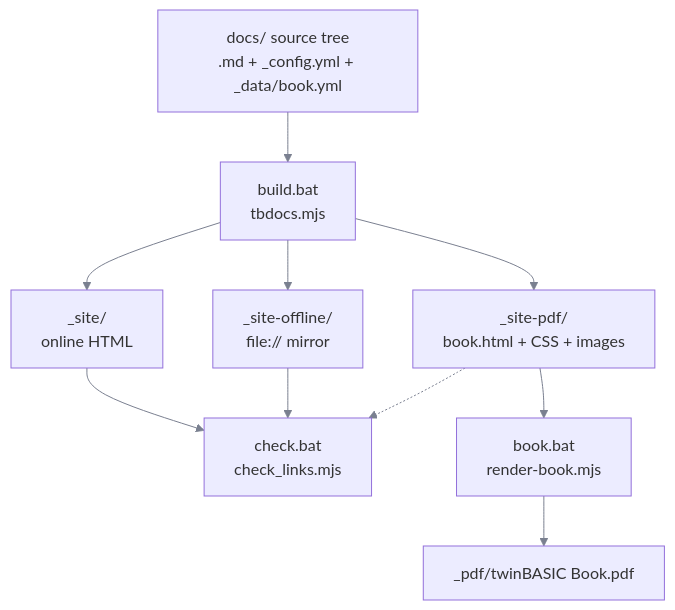
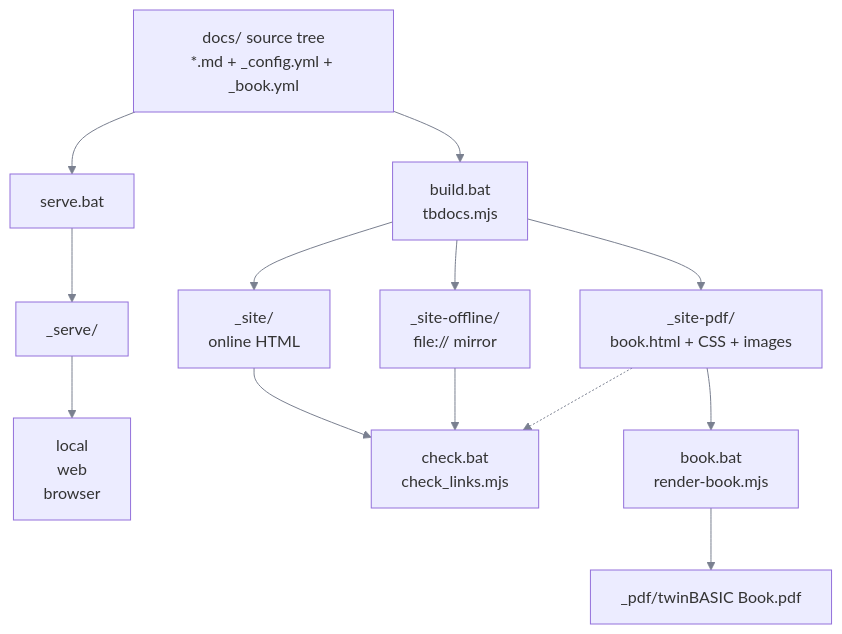
Before and after one commit to twinbasic/documentation: the diagram in docs/assets/images/mmd/toolchain-overview.mmd, drawn with Mermaid. The commit also changed 6 other files, not shown here.

Commit message:
Serve from a tree independent from the build tree.

```diff
--- a/docs/assets/images/mmd/toolchain-overview.mmd
+++ b/docs/assets/images/mmd/toolchain-overview.mmd
@@ -1,12 +1,13 @@
 %%{init: {"themeVariables": {"lineColor": "#7a8090"}}}%%
 flowchart TD
-    SRC["docs/ source tree<br>.md + _config.yml + _data/book.yml"]
+    SRC["docs/ source tree<br>*.md + _config.yml + _book.yml"]
+	SRC --> SERVE["serve.bat"] --> SERVED["_serve/"] --> BROWSER["local<br>web<br>browser"]
     SRC --> BUILD["build.bat<br>tbdocs.mjs"]
     BUILD --> SITE["_site/<br>online HTML"]
     BUILD --> OFFLINE["_site-offline/<br>file:// mirror"]
     BUILD --> PDFSRC["_site-pdf/<br>book.html + CSS + images"]
     SITE --> CHECK["check.bat<br>check_links.mjs"]
     OFFLINE --> CHECK
     PDFSRC -.-> CHECK
     PDFSRC --> BOOK["book.bat<br>render-book.mjs"]
     BOOK --> PDF["_pdf/twinBASIC Book.pdf"]
```
